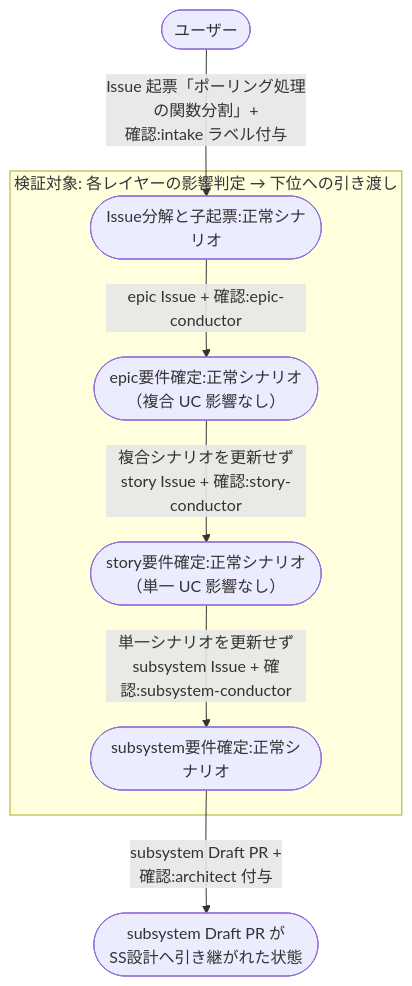
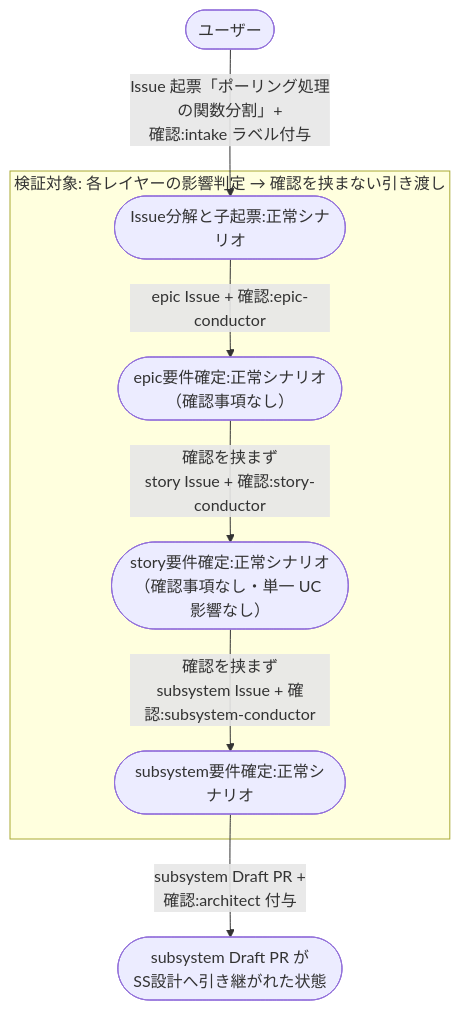
Before and after one commit to shuhei1101/ai-monitor: the first of 2 diagrams in docs/wiki/設計図/シナリオ/複合ユースケース/シナリオ影響なしのレイヤー通過.md, drawn with Mermaid. The commit also changed other lines of this file and 22 other files, not shown here.

````diff
--- a/docs/wiki/設計図/シナリオ/複合ユースケース/シナリオ影響なしのレイヤー通過.md
+++ b/docs/wiki/設計図/シナリオ/複合ユースケース/シナリオ影響なしのレイヤー通過.md
@@ -38,17 +37,17 @@
 ```mermaid
 flowchart TD
   U0([ユーザー]) -->|Issue 起票「ポーリング処理の関数分割」+<br>確認:intake ラベル付与| UC1
 
-  subgraph FOCUS["検証対象: 各レイヤーの影響判定 → 下位への引き渡し"]
-    UC1([Issue分解と子起票:正常シナリオ]) -->|epic Issue + 確認:epic-conductor| UC2([epic要件確定:正常シナリオ<br>（複合 UC 影響なし）])
-    UC2 -->|複合シナリオを更新せず<br>story Issue + 確認:story-conductor| UC3([story要件確定:正常シナリオ<br>（単一 UC 影響なし）])
-    UC3 -->|単一シナリオを更新せず<br>subsystem Issue + 確認:subsystem-conductor| UC4([subsystem要件確定:正常シナリオ])
+  subgraph FOCUS["検証対象: 各レイヤーの影響判定 → 確認を挟まない引き渡し"]
+    UC1([Issue分解と子起票:正常シナリオ]) -->|epic Issue + 確認:epic-conductor| UC2([epic要件確定:正常シナリオ<br>（確認事項なし）])
+    UC2 -->|確認を挟まず<br>story Issue + 確認:story-conductor| UC3([story要件確定:正常シナリオ<br>（確認事項なし・単一 UC 影響なし）])
+    UC3 -->|確認を挟まず<br>subsystem Issue + 確認:subsystem-conductor| UC4([subsystem要件確定:正常シナリオ])
   end
 
   UC4 -->|subsystem Draft PR +<br>確認:architect 付与| DONE([subsystem Draft PR が<br>SS設計へ引き継がれた状態])
 
   click UC1 "../単一ユースケース/Issue分解と子起票.md#正常シナリオ"
-  click UC2 "../単一ユースケース/epic要件確定.md#正常シナリオ"
-  click UC3 "../単一ユースケース/story要件確定.md#正常シナリオ"
+  click UC2 "../単一ユースケース/epic要件確定.md#正常シナリオ確認事項なし"
+  click UC3 "../単一ユースケース/story要件確定.md#正常シナリオ確認事項なし単一-uc-影響なし"
   click UC4 "../単一ユースケース/subsystem要件確定.md#正常シナリオ"
 ```
````
